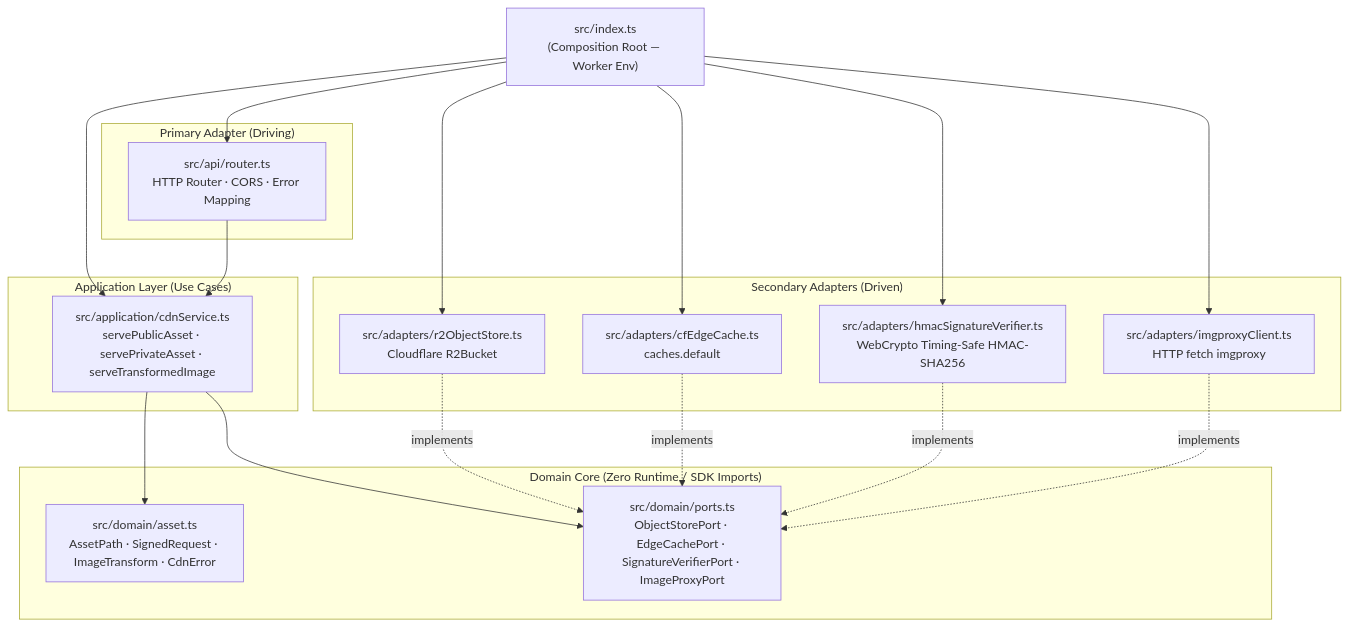
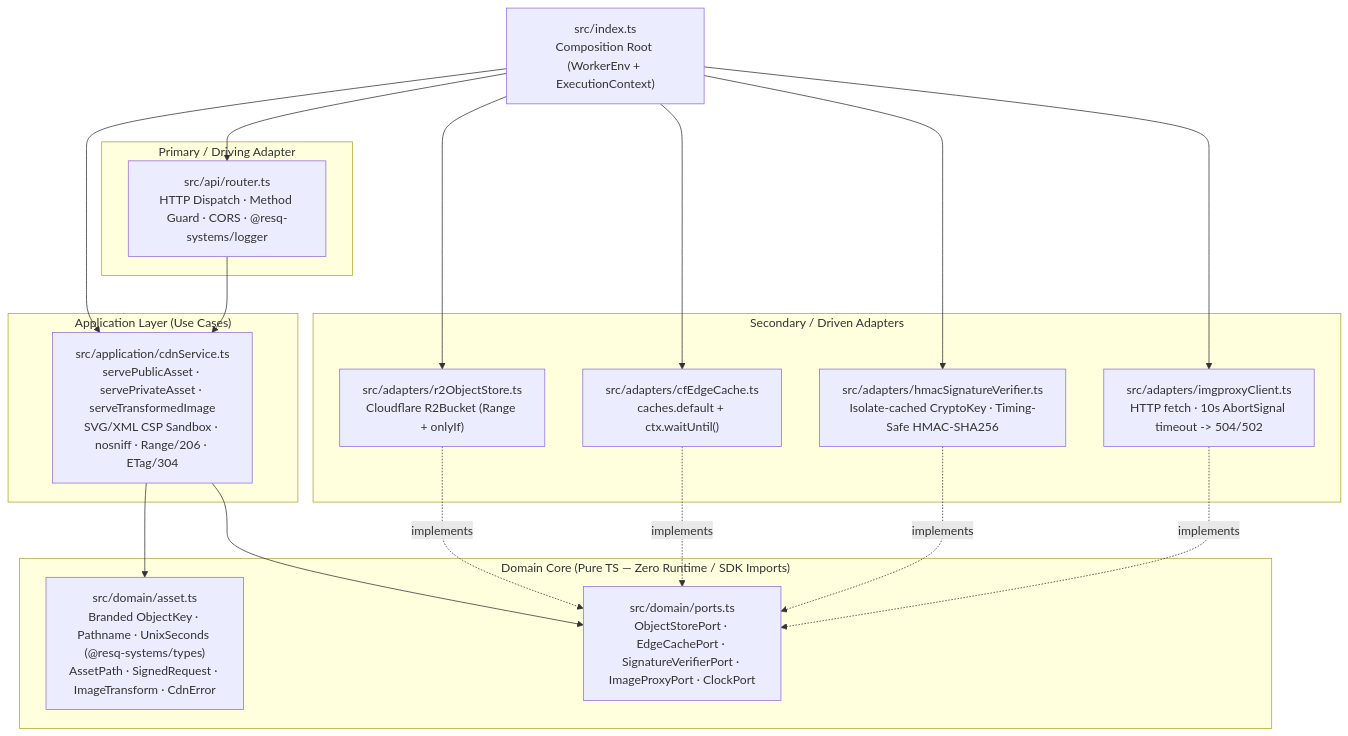
The second of 4 diagrams in README.md (WomB0ComB0/cdn), drawn with Mermaid before and after one commit. The commit also changed other lines of this file, not shown here.

Commit message:
docs: update README with comprehensive Hexagonal, Edge, security & CI/CD diagrams

````diff
--- a/README.md
+++ b/README.md
@@ -43,39 +49,32 @@
 ```mermaid
 flowchart TB
-    Entry["src/index.ts\n(Composition Root — Worker Env)"]
+    Entry["src/index.ts\nComposition Root (WorkerEnv + ExecutionContext)"]
 
-    subgraph Primary["Primary Adapter (Driving)"]
-        Router["src/api/router.ts\nHTTP Router · CORS · Error Mapping"]
+    subgraph Primary["Primary / Driving Adapter"]
+        Router["src/api/router.ts\nHTTP Dispatch · Method Guard · CORS · @resq-systems/logger"]
     end
 
     subgraph App["Application Layer (Use Cases)"]
-        Service["src/application/cdnService.ts\nservePublicAsset · servePrivateAsset · serveTransformedImage"]
+        Service["src/application/cdnService.ts\nservePublicAsset · servePrivateAsset · serveTransformedImage\nSVG/XML CSP Sandbox · nosniff · Range/206 · ETag/304"]
     end
 
-    subgraph Domain["Domain Core (Zero Runtime / SDK Imports)"]
-        Models["src/domain/asset.ts\nAssetPath · SignedRequest · ImageTransform · CdnError"]
-        Ports["src/domain/ports.ts\nObjectStorePort · EdgeCachePort · SignatureVerifierPort · ImageProxyPort"]
+    subgraph Domain["Domain Core (Pure TS — Zero Runtime / SDK Imports)"]
+        Models["src/domain/asset.ts\nBranded ObjectKey · Pathname · UnixSeconds (@resq-systems/types)\nAssetPath · SignedRequest · ImageTransform · CdnError"]
+        Ports["src/domain/ports.ts\nObjectStorePort · EdgeCachePort · SignatureVerifierPort · ImageProxyPort · ClockPort"]
     end
 
-    subgraph Secondary["Secondary Adapters (Driven)"]
-        R2Adapter["src/adapters/r2ObjectStore.ts\nCloudflare R2Bucket"]
-        CacheAdapter["src/adapters/cfEdgeCache.ts\ncaches.default"]
-        HmacAdapter["src/adapters/hmacSignatureVerifier.ts\nWebCrypto Timing-Safe HMAC-SHA256"]
-        ImgAdapter["src/adapters/imgproxyClient.ts\nHTTP fetch imgproxy"]
+    subgraph Secondary["Secondary / Driven Adapters"]
+        R2Adapter["src/adapters/r2ObjectStore.ts\nCloudflare R2Bucket (Range + onlyIf)"]
+        CacheAdapter["src/adapters/cfEdgeCache.ts\ncaches.default + ctx.waitUntil()"]
+        HmacAdapter["src/adapters/hmacSignatureVerifier.ts\nIsolate-cached CryptoKey · Timing-Safe HMAC-SHA256"]
+        ImgAdapter["src/adapters/imgproxyClient.ts\nHTTP fetch · 10s AbortSignal timeout -> 504/502"]
     end
 
-    Entry --> Router
-    Entry --> Service
-    Entry --> R2Adapter
-    Entry --> CacheAdapter
-    Entry --> HmacAdapter
-    Entry --> ImgAdapter
-
+    Entry --> Router & Service & R2Adapter & CacheAdapter & HmacAdapter & ImgAdapter
     Router --> Service
-    Service --> Models
-    Service --> Ports
-    R2Adapter -.->|implements| Ports
-    CacheAdapter -.->|implements| Ports
-    HmacAdapter -.->|implements| Ports
-    ImgAdapter -.->|implements| Ports
+    Service --> Models & Ports
+    R2Adapter -.->|"implements"| Ports
+    CacheAdapter -.->|"implements"| Ports
+    HmacAdapter -.->|"implements"| Ports
+    ImgAdapter -.->|"implements"| Ports
 ```
````
